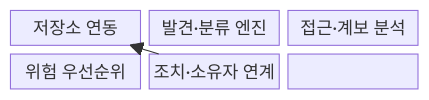
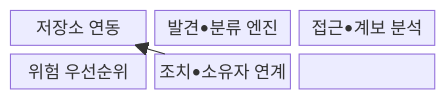
One commit to agnusdei1207/knowledge-base changed the first of 2 diagrams in src/content/docs/notes/05-security/074_dspm.md. Above: the diagram before and after it, drawn with Mermaid. The commit also changed other lines of this file and 953 other files, not shown here.

````diff
--- a/src/content/docs/notes/05-security/074_dspm.md
+++ b/src/content/docs/notes/05-security/074_dspm.md
@@ -63,11 +63,11 @@
 ```mermaid
 block-beta
   columns 3
   A["저장소 연동"]
-  B["발견·분류 엔진"]
-  C["접근·계보 분석"]
+  B["발견•분류 엔진"]
+  C["접근•계보 분석"]
   D["위험 우선순위"]
-  E["조치·소유자 연계"]
+  E["조치•소유자 연계"]
   A --> B --> C --> D --> E
   E --> A
 ```
````
